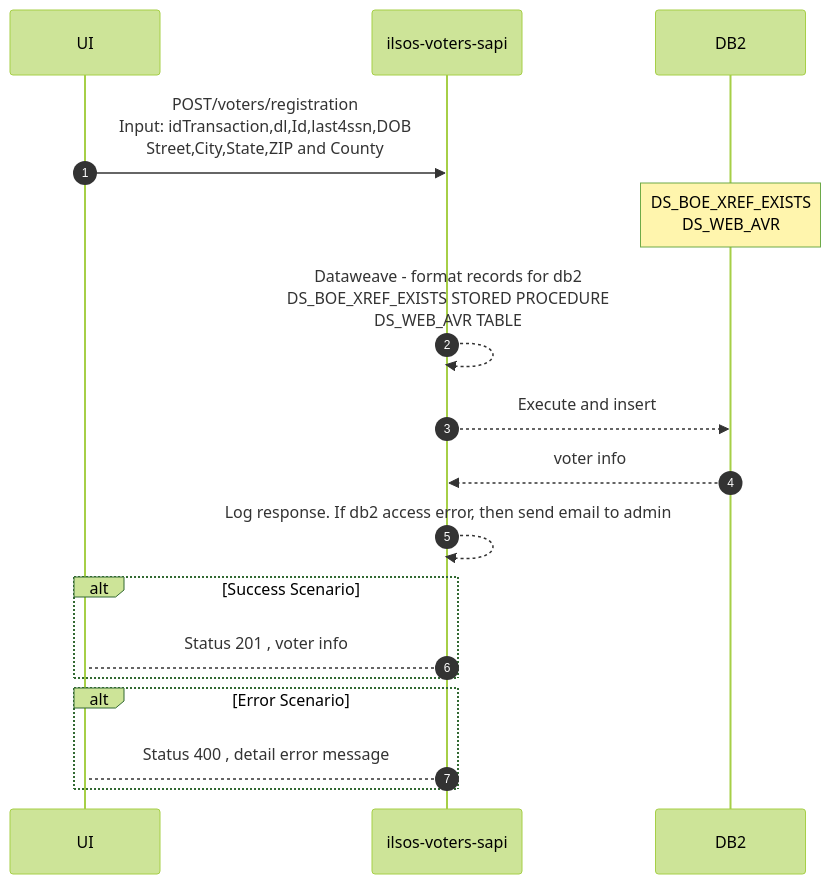
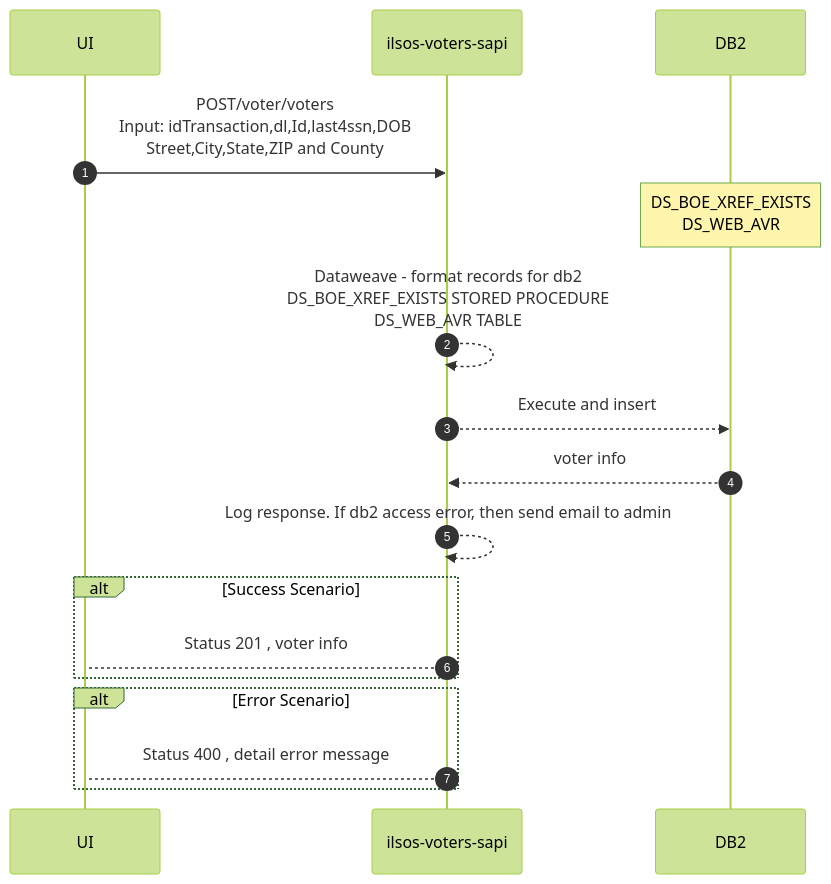
Before and after one commit to acme-devs/ilsos-voters-sapi: the diagram in README.md, drawn with Mermaid (forest theme). The commit also changed other lines of this file, not shown here.

````diff
--- a/README.md
+++ b/README.md
@@ -25,20 +25,20 @@
 ```mermaid
 sequenceDiagram
     autonumber
     participant ui as UI
     participant api as ilsos-voters-sapi
     participant db2 as DB2
     
-    ui->>api:POST/voters/registration <br>Input: idTransaction,dl,Id,last4ssn,DOB<br>Street,City,State,ZIP and County
+    ui->>api:POST/voter/voters <br>Input: idTransaction,dl,Id,last4ssn,DOB<br>Street,City,State,ZIP and County
     note over db2:DS_BOE_XREF_EXISTS<br>DS_WEB_AVR
     api-->>api:Dataweave - format records for db2<BR> DS_BOE_XREF_EXISTS STORED PROCEDURE<br>DS_WEB_AVR TABLE
     api-->>db2: Execute and insert 
     db2-->>api: voter info
     api-->>api:Log response. If db2 access error, then send email to admin
     alt Success Scenario 
         api-->ui: Status 201 , voter info
     end
     alt Error Scenario 
         api-->ui: Status 400 , detail error message
     end
   ```
````
